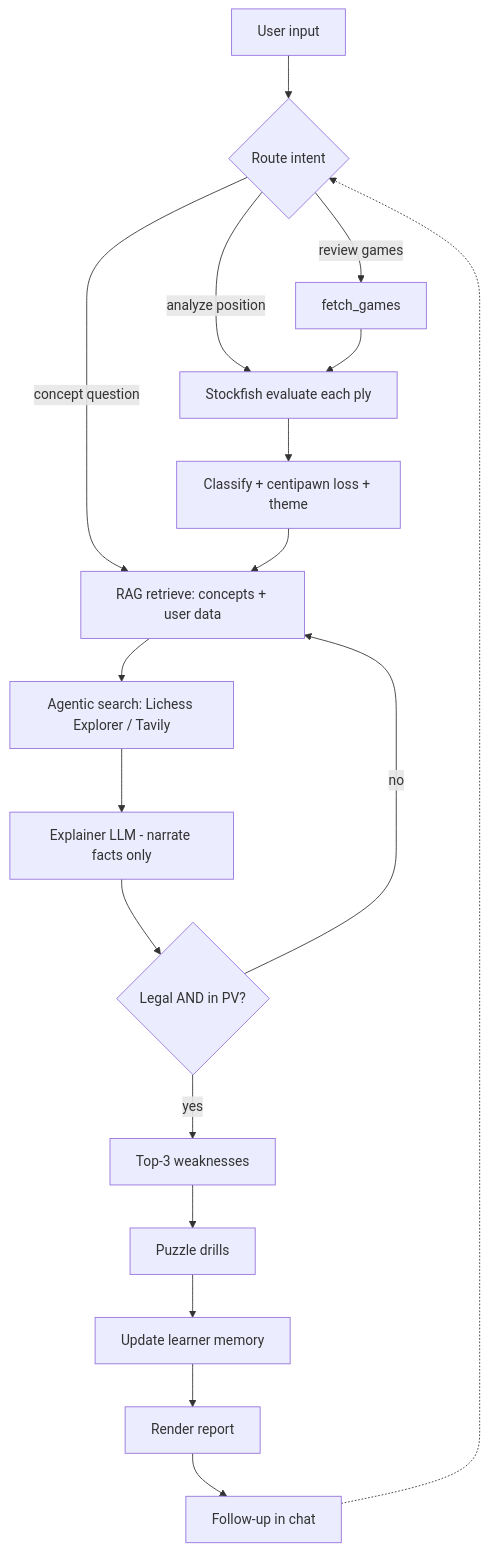
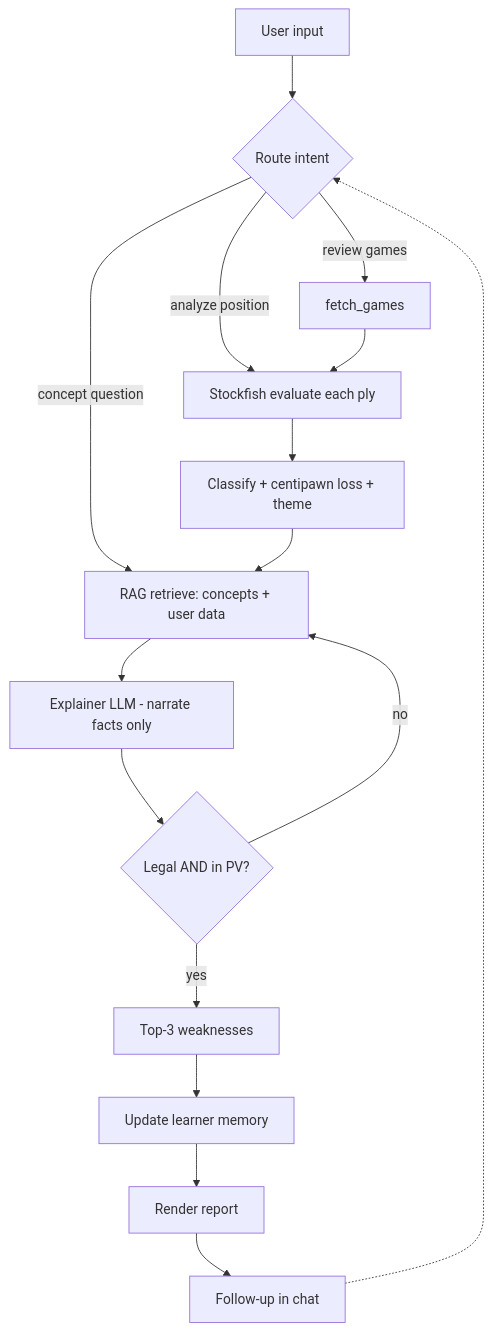
One commit to rakeshnetdev/AIEC01_CERT_CHLG_GRANDMATE changed the second of 4 diagrams in docs/ARCHITECTURE.md. Above: the diagram before and after it, drawn with Mermaid. The commit also changed other lines of this file and 2 other files, not shown here.

Commit message:
docs: remove Tavily and Puzzle DB from active architecture and move to next steps

````diff
--- a/docs/ARCHITECTURE.md
+++ b/docs/ARCHITECTURE.md
@@ -75,20 +73,18 @@
 ```mermaid
 flowchart TD
     U[User input] --> ROUTE{Route intent}
     ROUTE -- review games --> FETCH[fetch_games]
     ROUTE -- analyze position --> EVAL
     ROUTE -- concept question --> RET
     FETCH --> EVAL[Stockfish evaluate each ply]
     EVAL --> CLS[Classify + centipawn loss + theme]
     CLS --> RET[RAG retrieve: concepts + user data]
-    RET --> SRCH[Agentic search: Lichess Explorer / Tavily]
-    SRCH --> EXP[Explainer LLM - narrate facts only]
+    RET --> EXP[Explainer LLM - narrate facts only]
     EXP --> GUARD{Legal AND in PV?}
     GUARD -- no --> RET
     GUARD -- yes --> WEAK[Top-3 weaknesses]
-    WEAK --> DRILL[Puzzle drills]
-    DRILL --> WRITE[Update learner memory]
+    WEAK --> WRITE[Update learner memory]
     WRITE --> REPORT[Render report]
     REPORT --> FOLLOW[Follow-up in chat]
     FOLLOW -.-> ROUTE
 ```
````
